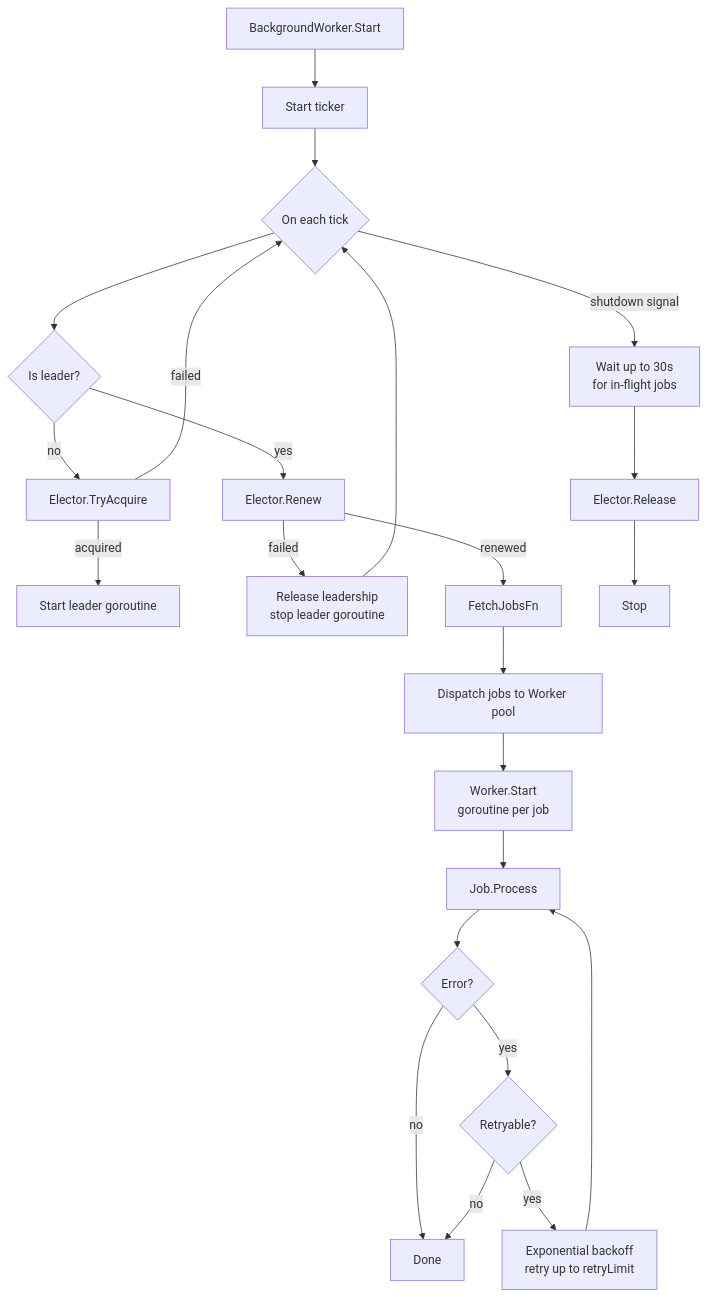
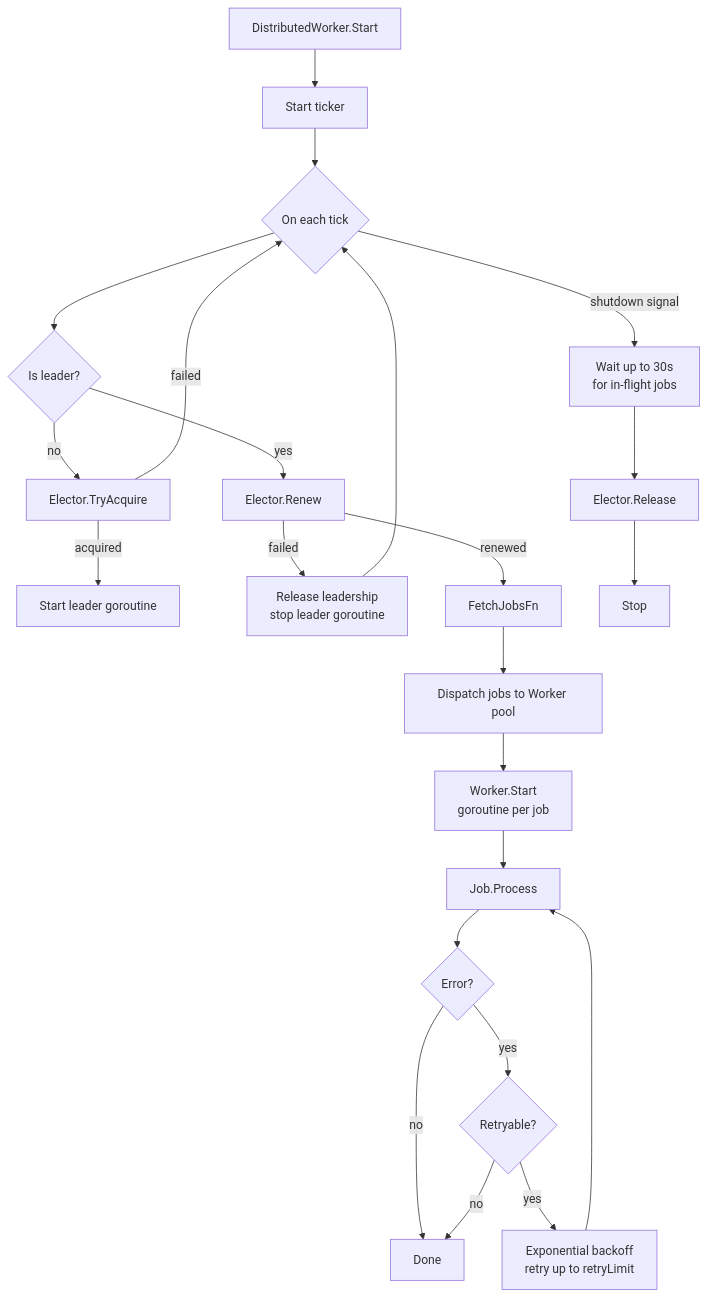
The seventh of 11 diagrams in backend/docs/architecture.md (cmclaughlin24/sundance), drawn with Mermaid before and after one commit. The commit also changed other lines of this file and 9 other files, not shown here.

Commit message:
pkg | refactor worker pkg to have a perodic and distributed worker

````diff
--- a/backend/docs/architecture.md
+++ b/backend/docs/architecture.md
@@ -404,25 +404,25 @@
 ```mermaid
 flowchart TD
-    A[BackgroundWorker.Start] --> B[Start ticker]
+    A[DistributedWorker.Start] --> B[Start ticker]
     B --> C{On each tick}
     C --> D{Is leader?}
     D -->|no| E[Elector.TryAcquire]
     E -->|failed| C
     E -->|acquired| F[Start leader goroutine]
     D -->|yes| G[Elector.Renew]
     G -->|failed| H[Release leadership\nstop leader goroutine]
     H --> C
     G -->|renewed| I[FetchJobsFn]
     I --> J[Dispatch jobs to Worker pool]
     J --> K[Worker.Start\ngoroutine per job]
     K --> L[Job.Process]
     L --> M{Error?}
     M -->|no| N[Done]
     M -->|yes| O{Retryable?}
     O -->|no| N
     O -->|yes| P[Exponential backoff\nretry up to retryLimit]
     P --> L
     C -->|shutdown signal| Q[Wait up to 30s\nfor in-flight jobs]
     Q --> R[Elector.Release]
     R --> S[Stop]
 ```
````
